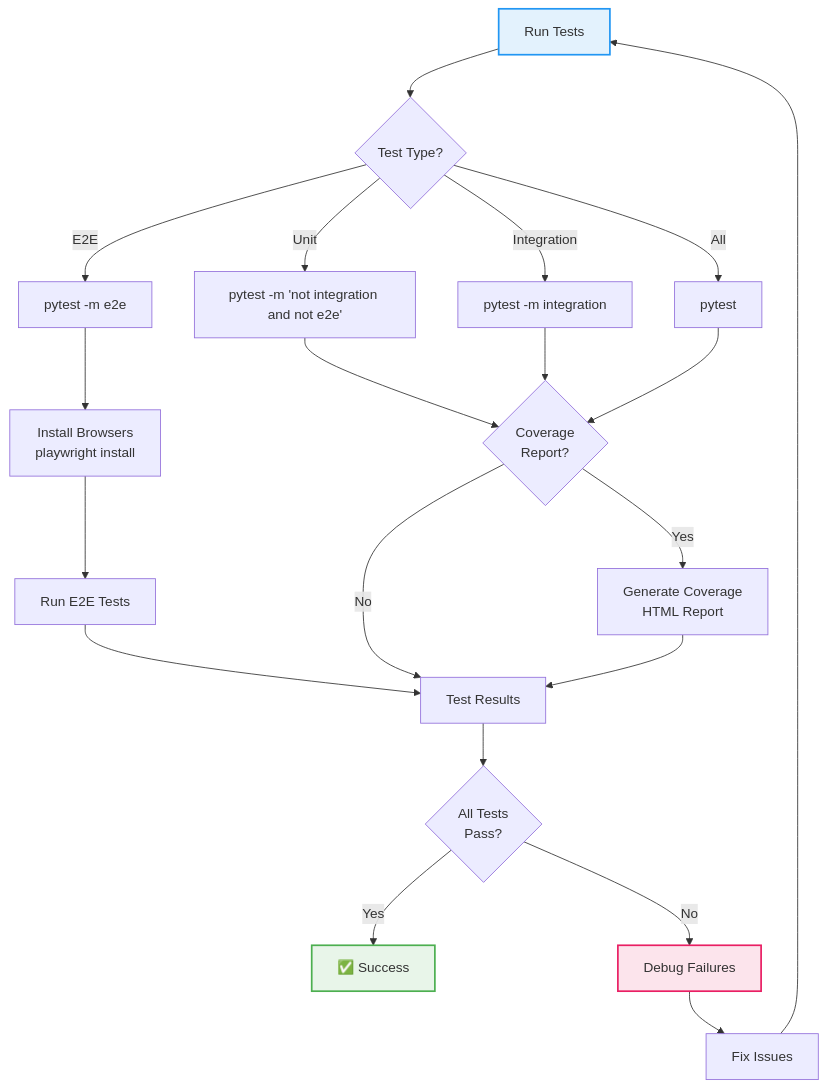
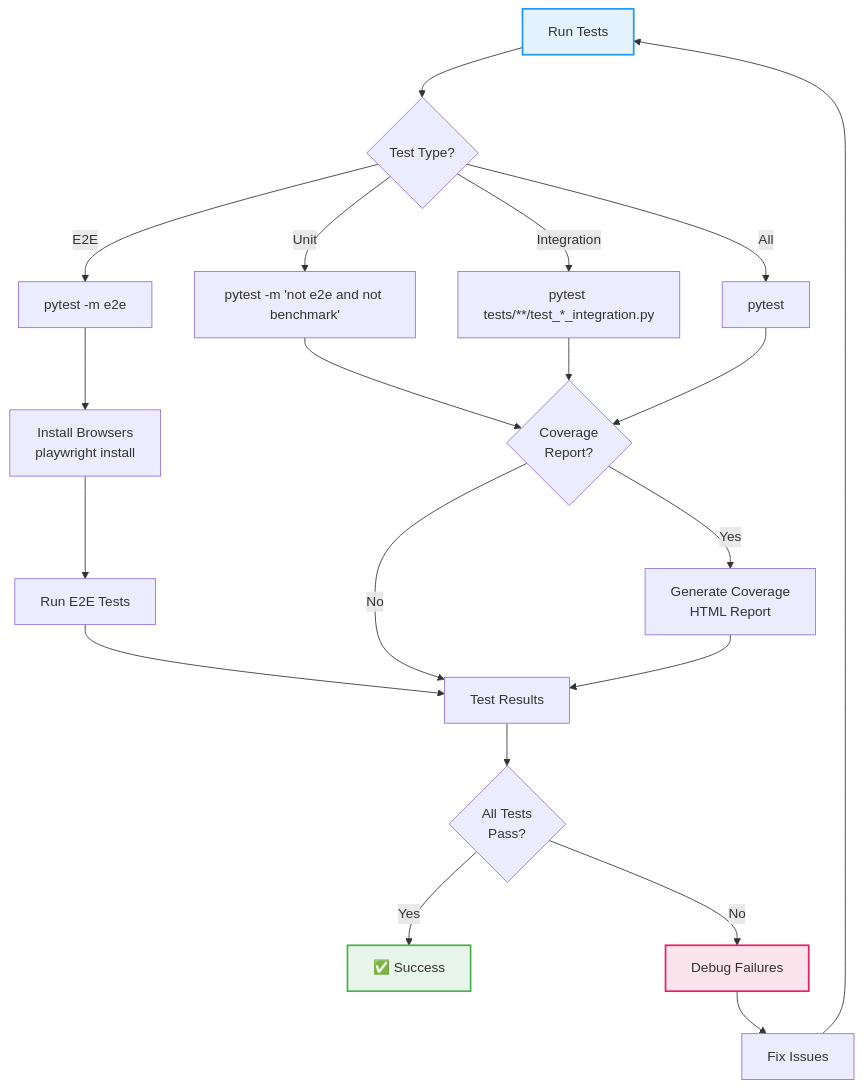
The second of 2 diagrams in docs/testing-guide.md (groovemap-music/deployment), drawn with Mermaid before and after one commit. The commit also changed other lines of this file and 7 other files, not shown here.

````diff
--- a/docs/testing-guide.md
+++ b/docs/testing-guide.md
@@ -242,36 +264,36 @@
 ```mermaid
 flowchart TD
     Start[Run Tests]
 
     Start --> Type{Test Type?}
 
-    Type -->|Unit| Unit[pytest -m 'not integration and not e2e']
-    Type -->|Integration| Integration[pytest -m integration]
+    Type -->|Unit| Unit[pytest -m 'not e2e and not benchmark']
+    Type -->|Integration| Integration[pytest tests/**/test_*_integration.py]
     Type -->|E2E| E2E[pytest -m e2e]
     Type -->|All| All[pytest]
 
     Unit --> Coverage{Coverage<br/>Report?}
     Integration --> Coverage
     E2E --> Browser[Install Browsers<br/>playwright install]
     All --> Coverage
 
     Browser --> E2ERun[Run E2E Tests]
     E2ERun --> Results
 
     Coverage -->|Yes| CovReport[Generate Coverage<br/>HTML Report]
     Coverage -->|No| Results[Test Results]
 
     CovReport --> Results
 
     Results --> Status{All Tests<br/>Pass?}
 
     Status -->|Yes| Success[✅ Success]
     Status -->|No| Debug[Debug Failures]
 
     Debug --> Fix[Fix Issues]
     Fix --> Start
 
     style Start fill:#e3f2fd,stroke:#2196f3,stroke-width:2px
     style Success fill:#e8f5e9,stroke:#4caf50,stroke-width:2px
     style Debug fill:#fce4ec,stroke:#e91e63,stroke-width:2px
 ```
````
